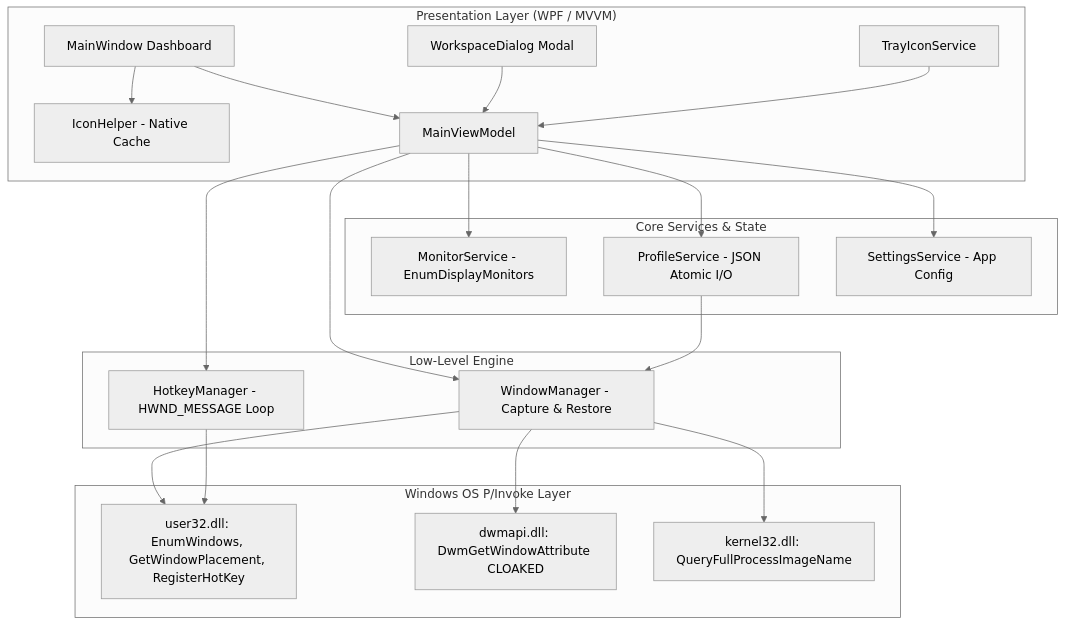
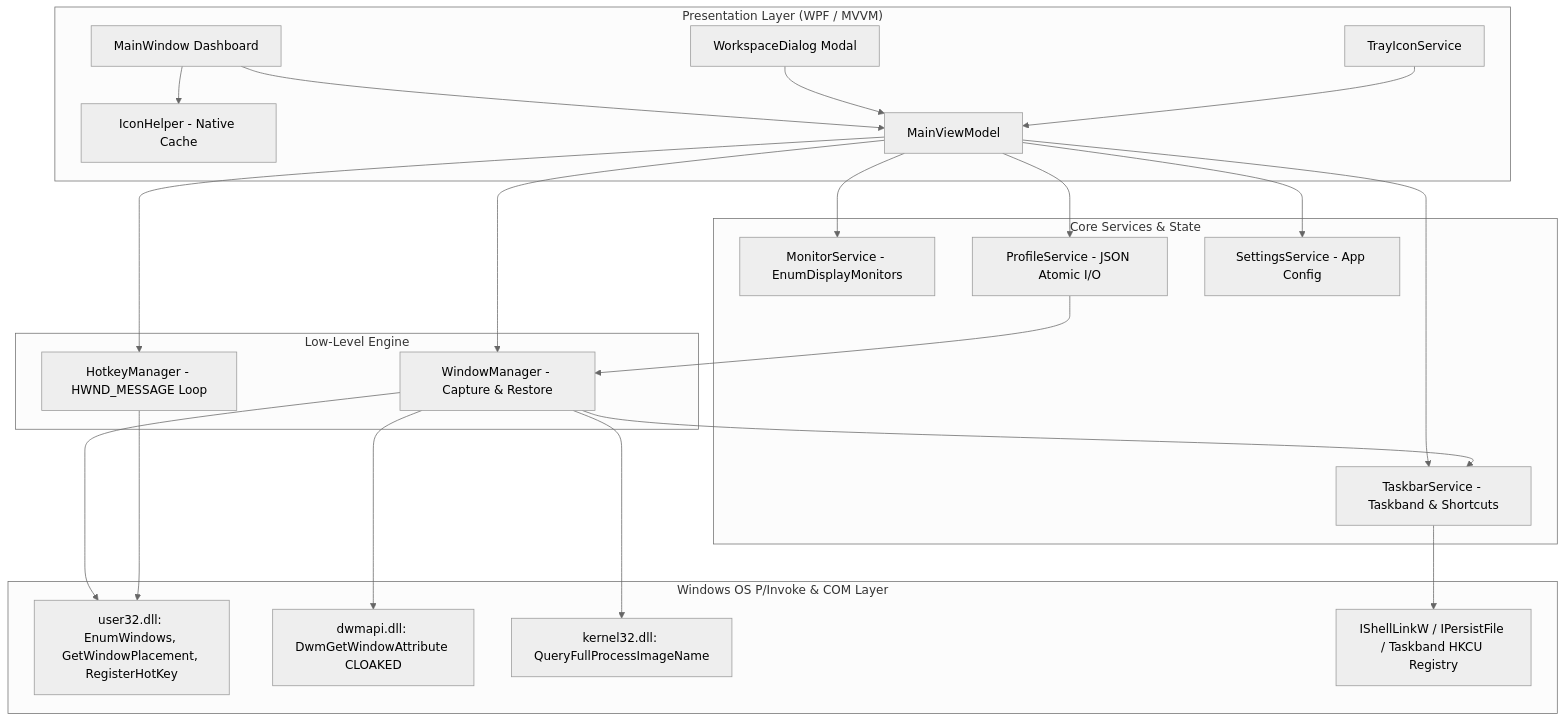
One commit to yMaxM15/workspace-switcher changed the diagram in README.md. Above: the diagram before and after it, drawn with Mermaid (neutral theme). The commit also changed other lines of this file and 17 other files, not shown here.

````diff
--- a/README.md
+++ b/README.md
@@ -64,42 +67,47 @@
 ```mermaid
 graph TD
     subgraph UI ["Presentation Layer (WPF / MVVM)"]
         MW[MainWindow Dashboard]
         WD[WorkspaceDialog Modal]
         TI[TrayIconService]
         IH[IconHelper - Native Cache]
         VM[MainViewModel]
     end
 
     subgraph Services ["Core Services & State"]
         MS[MonitorService - EnumDisplayMonitors]
         PS[ProfileService - JSON Atomic I/O]
         SS[SettingsService - App Config]
+        TBS[TaskbarService - Taskband & Shortcuts]
     end
 
     subgraph Engine ["Low-Level Engine"]
         WM[WindowManager - Capture & Restore]
         HM[HotkeyManager - HWND_MESSAGE Loop]
     end
 
-    subgraph Native ["Windows OS P/Invoke Layer"]
+    subgraph Native ["Windows OS P/Invoke & COM Layer"]
         U32[user32.dll: EnumWindows, GetWindowPlacement, RegisterHotKey]
         DWM[dwmapi.dll: DwmGetWindowAttribute CLOAKED]
         K32[kernel32.dll: QueryFullProcessImageName]
+        COM[IShellLinkW / IPersistFile / Taskband HKCU Registry]
     end
 
     MW --> VM
     WD --> VM
     TI --> VM
     MW --> IH
     VM --> PS
     VM --> SS
     VM --> MS
     VM --> WM
     VM --> HM
+    VM --> TBS
     PS --> WM
+    WM --> TBS
     WM --> U32
     WM --> DWM
     WM --> K32
+    TBS --> COM
     HM --> U32
 ```
````
